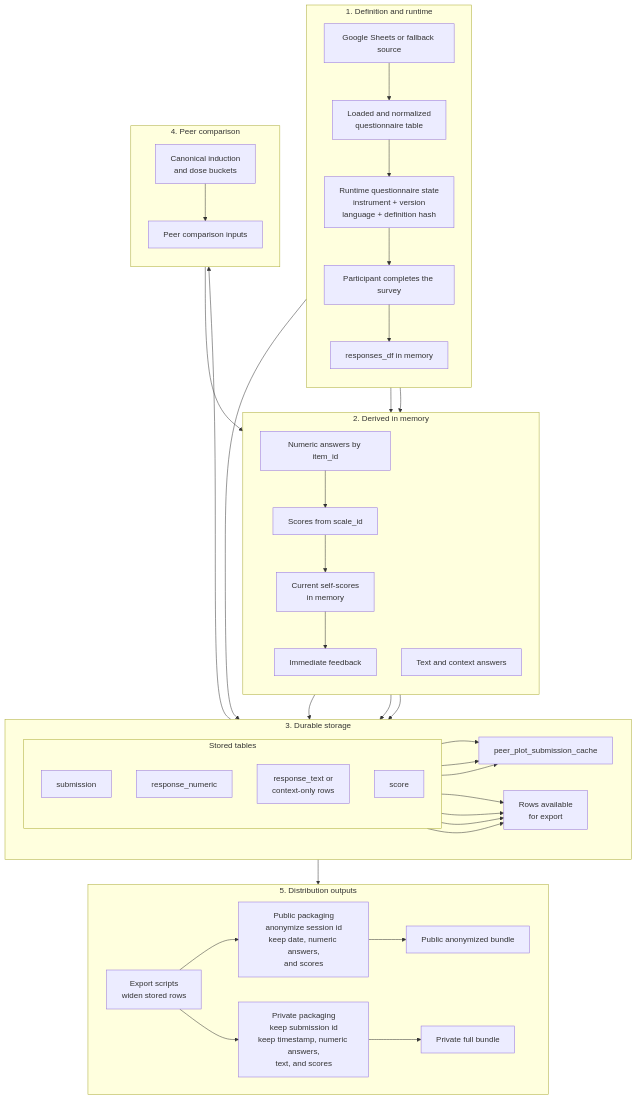
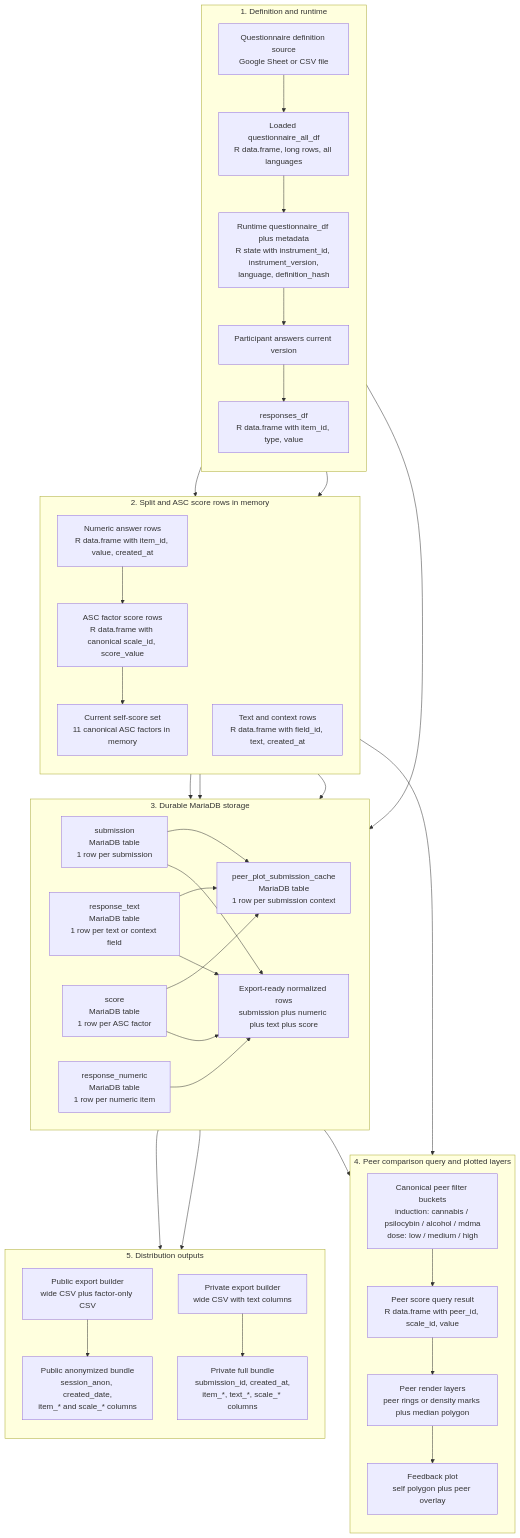
The diagram in docs/diagrams/value-lifecycle.mmd (MesmerPrism/axp-mvp-survey-guide), drawn with Mermaid before and after one commit. The commit also changed 27 other files, not shown here.

Commit message:
Add clickable lifecycle data examples

```diff
--- a/docs/diagrams/value-lifecycle.mmd
+++ b/docs/diagrams/value-lifecycle.mmd
@@ -1,63 +1,82 @@
 flowchart TD
   subgraph Definition["1. Definition and runtime"]
     direction TB
-    A["Google Sheets or fallback source"] --> B["Loaded and normalized<br/>questionnaire table"]
-    B --> C["Runtime questionnaire state<br/>instrument + version<br/>language + definition hash"]
-    C --> D["Participant completes the survey"]
-    D --> E["responses_df in memory"]
+    A["Questionnaire definition source<br/>Google Sheet or CSV file"] --> B["Loaded questionnaire_all_df<br/>R data.frame, long rows, all languages"]
+    B --> C["Runtime questionnaire_df plus metadata<br/>R state with instrument_id, instrument_version,<br/>language, definition_hash"]
+    C --> D["Participant answers current version"]
+    D --> E["responses_df<br/>R data.frame with item_id, type, value"]
   end
 
-  subgraph Derived["2. Derived in memory"]
+  subgraph Derived["2. Split and ASC score rows in memory"]
     direction TB
-    E --> F["Numeric answers by item_id"]
-    E --> G["Text and context answers"]
-    F --> H["Scores from scale_id"]
-    H --> I["Current self-scores<br/>in memory"]
-    I --> J["Immediate feedback"]
+    E --> F["Numeric answer rows<br/>R data.frame with item_id, value, created_at"]
+    E --> G["Text and context rows<br/>R data.frame with field_id, text, created_at"]
+    F --> H["ASC factor score rows<br/>R data.frame with canonical scale_id, score_value"]
+    H --> I["Current self-score set<br/>11 canonical ASC factors in memory"]
   end
 
-  subgraph Store["3. Durable storage"]
+  subgraph Store["3. Durable MariaDB storage"]
     direction LR
-    subgraph Tables["Stored tables"]
-      direction TB
-      K["submission"]
-      L["response_numeric"]
-      M["response_text or<br/>context-only rows"]
-      N["score"]
-    end
-    O["peer_plot_submission_cache"]
-    X["Rows available<br/>for export"]
+    K["submission<br/>MariaDB table<br/>1 row per submission"]
+    L["response_numeric<br/>MariaDB table<br/>1 row per numeric item"]
+    M["response_text<br/>MariaDB table<br/>1 row per text or context field"]
+    N["score<br/>MariaDB table<br/>1 row per ASC factor"]
+    O["peer_plot_submission_cache<br/>MariaDB table<br/>1 row per submission context"]
+    X["Export-ready normalized rows<br/>submission plus numeric plus text plus score"]
 
     D --> K
     F --> L
     G --> M
     H --> N
     K --> O
     M --> O
     N --> O
     K --> X
     L --> X
     M --> X
     N --> X
   end
 
-  subgraph Peer["4. Peer comparison"]
+  subgraph Peer["4. Peer comparison query and plotted layers"]
     direction TB
-    P["Canonical induction<br/>and dose buckets"]
-    Q["Peer comparison inputs"]
+    P["Canonical peer filter buckets<br/>induction: cannabis / psilocybin / alcohol / mdma<br/>dose: low / medium / high"]
+    Q["Peer score query result<br/>R data.frame with peer_id, scale_id, value"]
+    R["Peer render layers<br/>peer rings or density marks plus median polygon"]
+    J["Feedback plot<br/>self polygon plus peer overlay"]
 
-    O --> P --> Q --> J
+    O --> P --> Q --> R --> J
+    I --> J
   end
 
   subgraph Export["5. Distribution outputs"]
-    direction LR
-    R["Export scripts<br/>widen stored rows"]
-    U["Public packaging<br/>anonymize session id<br/>keep date, numeric answers,<br/>and scores"]
-    V["Private packaging<br/>keep submission id<br/>keep timestamp, numeric answers,<br/>text, and scores"]
-    S["Public anonymized bundle"]
-    T["Private full bundle"]
+    direction TB
+    S["Public export builder<br/>wide CSV plus factor-only CSV"]
+    T["Private export builder<br/>wide CSV with text columns"]
+    U["Public anonymized bundle<br/>session_anon, created_date,<br/>item_* and scale_* columns"]
+    V["Private full bundle<br/>submission_id, created_at,<br/>item_*, text_*, scale_* columns"]
 
-    X --> R
-    R --> U --> S
-    R --> V --> T
+    X --> S --> U
+    X --> T --> V
   end
+
+  click A href "__GUIDE_ROOT__/data-examples.html#definition-source" "Open definition source example"
+  click B href "__GUIDE_ROOT__/data-examples.html#definition-source" "Open loaded questionnaire example"
+  click C href "__GUIDE_ROOT__/data-examples.html#runtime-state" "Open runtime state example"
+  click E href "__GUIDE_ROOT__/data-examples.html#responses-memory" "Open responses_df example"
+  click F href "__GUIDE_ROOT__/data-examples.html#numeric-memory" "Open numeric rows example"
+  click G href "__GUIDE_ROOT__/data-examples.html#text-memory" "Open text/context rows example"
+  click H href "__GUIDE_ROOT__/data-examples.html#factor-scores" "Open ASC factor score example"
+  click I href "__GUIDE_ROOT__/data-examples.html#factor-scores" "Open current self-score example"
+  click K href "__GUIDE_ROOT__/data-examples.html#submission-table" "Open submission table example"
+  click L href "__GUIDE_ROOT__/data-examples.html#response-numeric-table" "Open response_numeric example"
+  click M href "__GUIDE_ROOT__/data-examples.html#response-text-table" "Open response_text example"
+  click N href "__GUIDE_ROOT__/data-examples.html#score-table" "Open score table example"
+  click O href "__GUIDE_ROOT__/data-examples.html#peer-cache" "Open peer cache example"
+  click P href "__GUIDE_ROOT__/data-examples.html#peer-cache" "Open canonical peer bucket example"
+  click Q href "__GUIDE_ROOT__/data-examples.html#peer-query" "Open peer score query example"
+  click R href "__GUIDE_ROOT__/data-examples.html#peer-render" "Open plotted peer layer example"
+  click J href "__GUIDE_ROOT__/data-examples.html#peer-render" "Open feedback render example"
+  click S href "__GUIDE_ROOT__/data-examples.html#public-export" "Open public export example"
+  click T href "__GUIDE_ROOT__/data-examples.html#private-export" "Open private export example"
+  click U href "__GUIDE_ROOT__/data-examples.html#public-export" "Open public bundle example"
+  click V href "__GUIDE_ROOT__/data-examples.html#private-export" "Open private bundle example"
```
